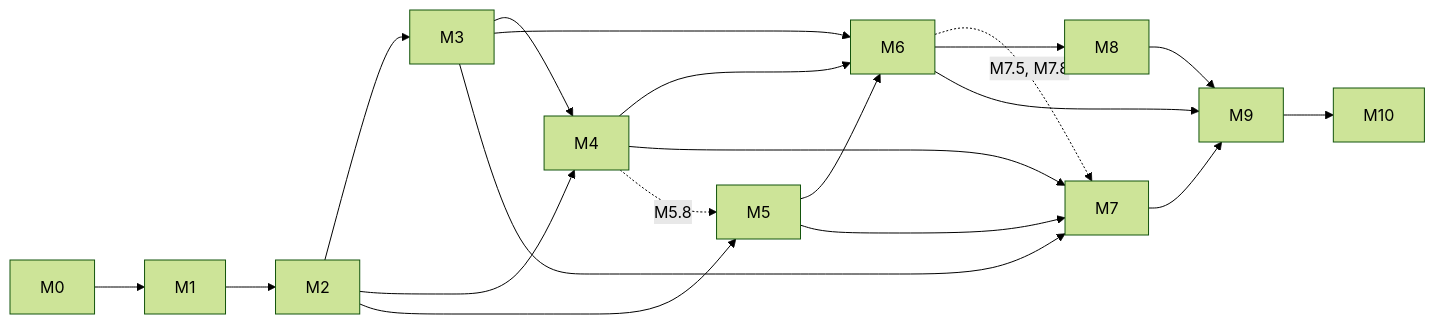
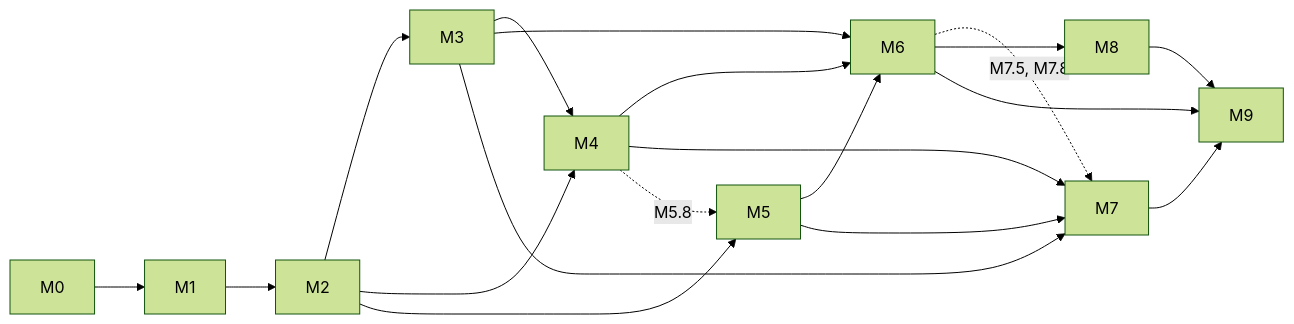
The diagram in docs/roadmap.md (epistemer/cfgx), drawn with Mermaid (forest theme) before and after one commit. The commit also changed other lines of this file and 1 other file, not shown here.

Commit message:
Roadmap: drop M10 (the zp port), at the owner's request

````diff
--- a/docs/roadmap.md
+++ b/docs/roadmap.md
@@ -62,22 +61,21 @@
 ```mermaid
 graph LR
   M0 --> M1
   M1 --> M2
   M2 --> M3
   M2 --> M4
   M2 --> M5
   M3 --> M4
   M3 --> M6
   M4 --> M6
   M5 --> M6
   M3 --> M7
   M4 --> M7
   M5 --> M7
   M4 -.->|M5.8| M5
   M6 -.->|M7.5, M7.8| M7
   M6 --> M8
   M6 --> M9
   M7 --> M9
   M8 --> M9
-  M9 --> M10
 ```
````
